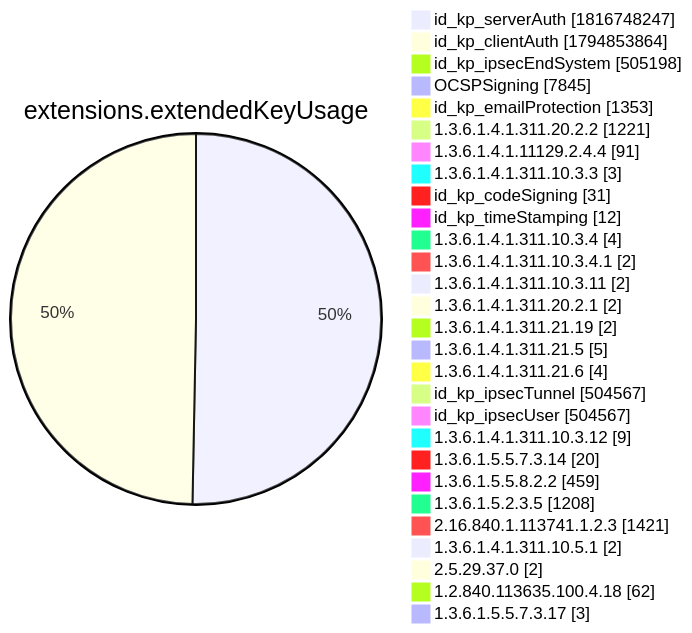
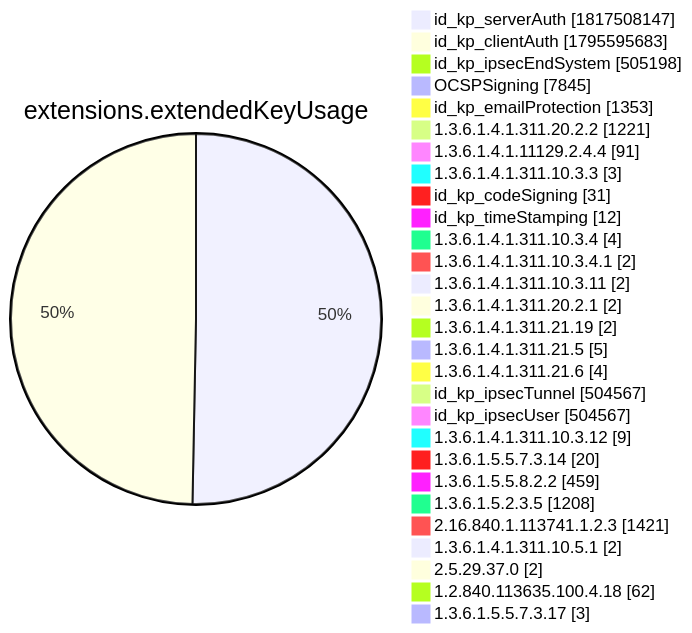
One commit to christiankrug/ctmonitor_visualization changed diagram 12 of 15 in xenon2022/README.md. Above: the diagram before and after it, drawn with Mermaid. The commit also changed other lines of this file, not shown here.

````diff
--- a/xenon2022/README.md
+++ b/xenon2022/README.md
@@ -3895,32 +3895,32 @@
 ```mermaid
 pie showData
 title extensions.extendedKeyUsage
-"id_kp_serverAuth" :1816748247
-"id_kp_clientAuth" :1794853864
+"id_kp_serverAuth" :1817508147
+"id_kp_clientAuth" :1795595683
 "id_kp_ipsecEndSystem" :505198
 "OCSPSigning" :7845
 "id_kp_emailProtection" :1353
 "1.3.6.1.4.1.311.20.2.2" :1221
 "1.3.6.1.4.1.11129.2.4.4" :91
 "1.3.6.1.4.1.311.10.3.3" :3
 "id_kp_codeSigning" :31
 "id_kp_timeStamping" :12
 "1.3.6.1.4.1.311.10.3.4" :4
 "1.3.6.1.4.1.311.10.3.4.1" :2
 "1.3.6.1.4.1.311.10.3.11" :2
 "1.3.6.1.4.1.311.20.2.1" :2
 "1.3.6.1.4.1.311.21.19" :2
 "1.3.6.1.4.1.311.21.5" :5
 "1.3.6.1.4.1.311.21.6" :4
 "id_kp_ipsecTunnel" :504567
 "id_kp_ipsecUser" :504567
 "1.3.6.1.4.1.311.10.3.12" :9
 "1.3.6.1.5.5.7.3.14" :20
 "1.3.6.1.5.5.8.2.2" :459
 "1.3.6.1.5.2.3.5" :1208
 "2.16.840.1.113741.1.2.3" :1421
 "1.3.6.1.4.1.311.10.5.1" :2
 "2.5.29.37.0" :2
 "1.2.840.113635.100.4.18" :62
 "1.3.6.1.5.5.7.3.17" :3
 ```
````
